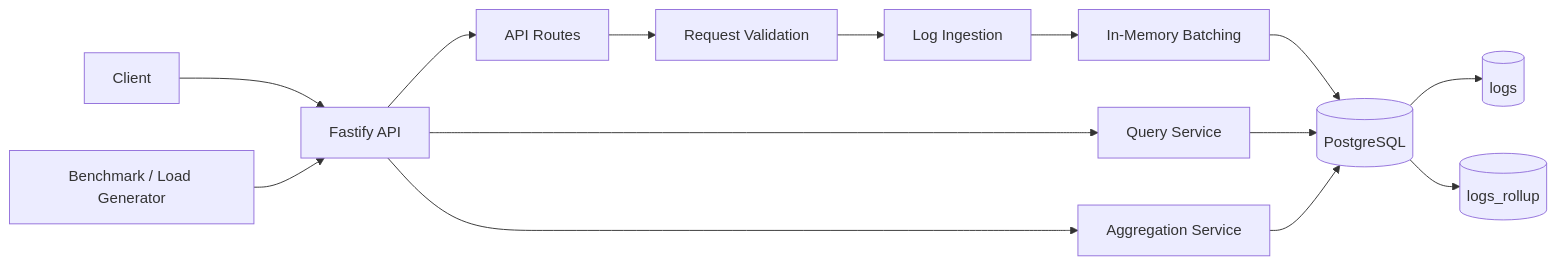
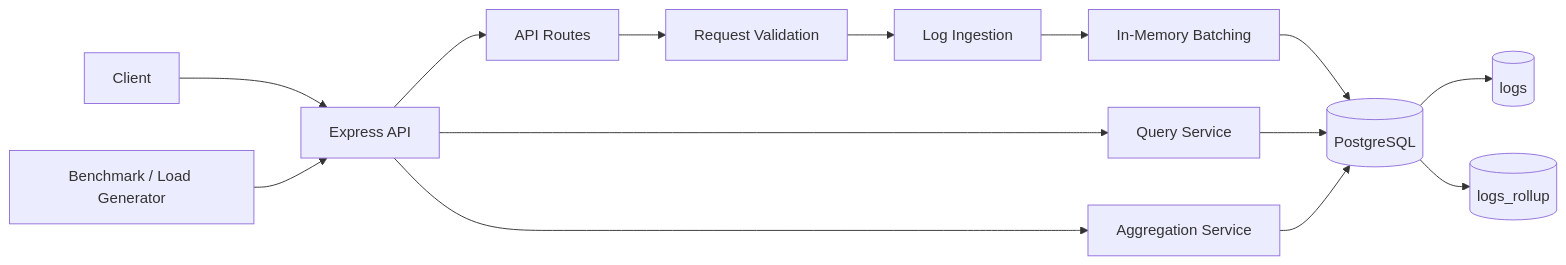
One commit to Mohammad-Sheikh-Qasem/Log-Ingestion-and-Query-Service-final-projects-FTS-internship changed the first of 6 diagrams in README.md. Above: the diagram before and after it, drawn with Mermaid.

Commit message:
Update README file

````diff
--- a/README.md
+++ b/README.md
@@ -48,41 +48,41 @@
 ```mermaid
 flowchart LR
 
     Client["Client"]
     Benchmark["Benchmark / Load Generator"]
 
-    API["Fastify API"]
+    API["Express API"]
 
     Routes["API Routes"]
     Validation["Request Validation"]
 
     Ingestion["Log Ingestion"]
     Batch["In-Memory Batching"]
 
     Query["Query Service"]
     Aggregate["Aggregation Service"]
 
     DB[("PostgreSQL")]
 
     Logs[("logs")]
     Rollups[("logs_rollup")]
 
     Client --> API
     Benchmark --> API
 
     API --> Routes
     Routes --> Validation
 
     Validation --> Ingestion
     Ingestion --> Batch
     Batch --> DB
 
     API --> Query
     API --> Aggregate
 
     Query --> DB
     Aggregate --> DB
 
     DB --> Logs
     DB --> Rollups
 ```
````
